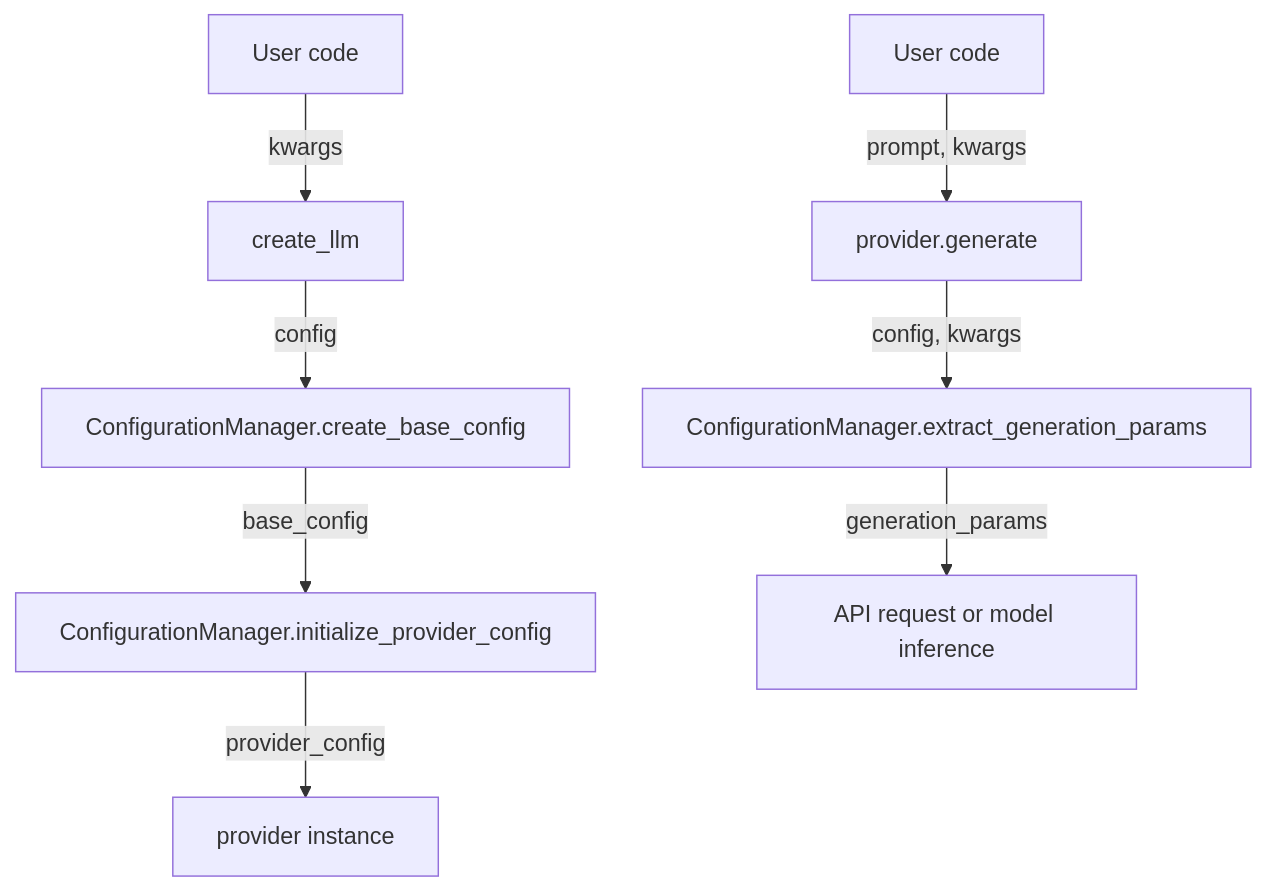
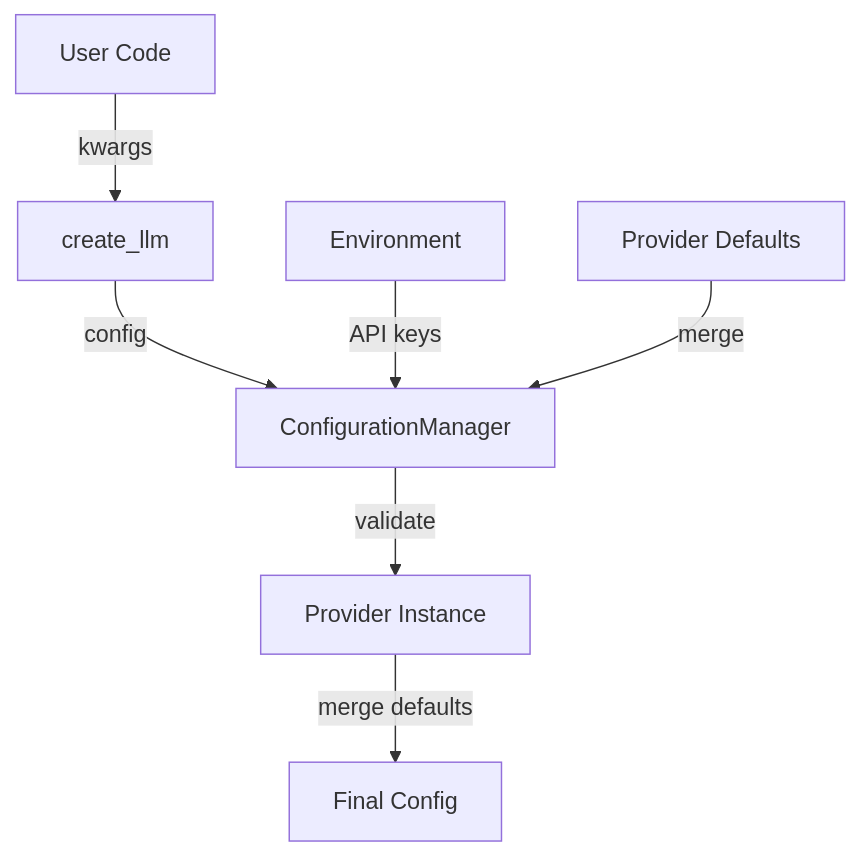
One commit to lpalbou/AbstractLLM changed the diagram in docs/configuration.md. Above: the diagram before and after it, drawn with Mermaid. The commit also changed other lines of this file and 4 other files, not shown here.

````diff
--- a/docs/configuration.md
+++ b/docs/configuration.md
@@ -22,11 +20,10 @@
 ```mermaid
 flowchart TD
-    A[User code] -->|kwargs| B[create_llm]
-    B -->|config| C[ConfigurationManager.create_base_config]
-    C -->|base_config| D[ConfigurationManager.initialize_provider_config]
-    D -->|provider_config| E[provider instance]
+    A[User Code] -->|kwargs| B[create_llm]
+    B -->|config| C[ConfigurationManager]
+    C -->|validate| D[Provider Instance]
+    D -->|merge defaults| E[Final Config]
     
-    F[User code] -->|prompt, kwargs| G[provider.generate]
-    G -->|config, kwargs| H[ConfigurationManager.extract_generation_params]
-    H -->|generation_params| I[API request or model inference]
+    F[Environment] -->|API keys| C
+    G[Provider Defaults] -->|merge| C
 ```
````
